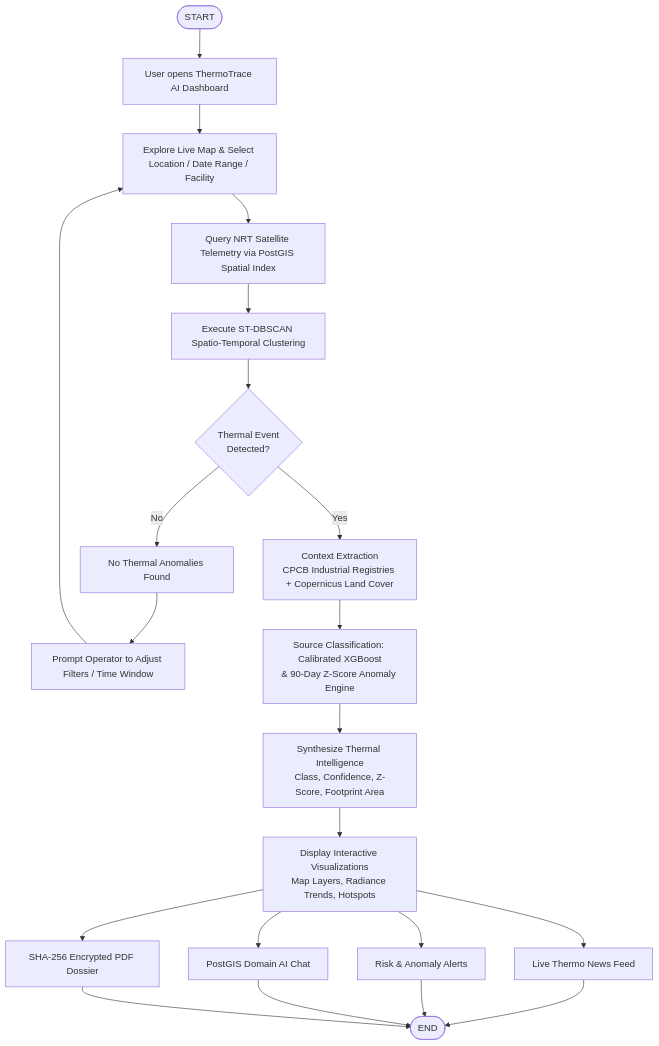
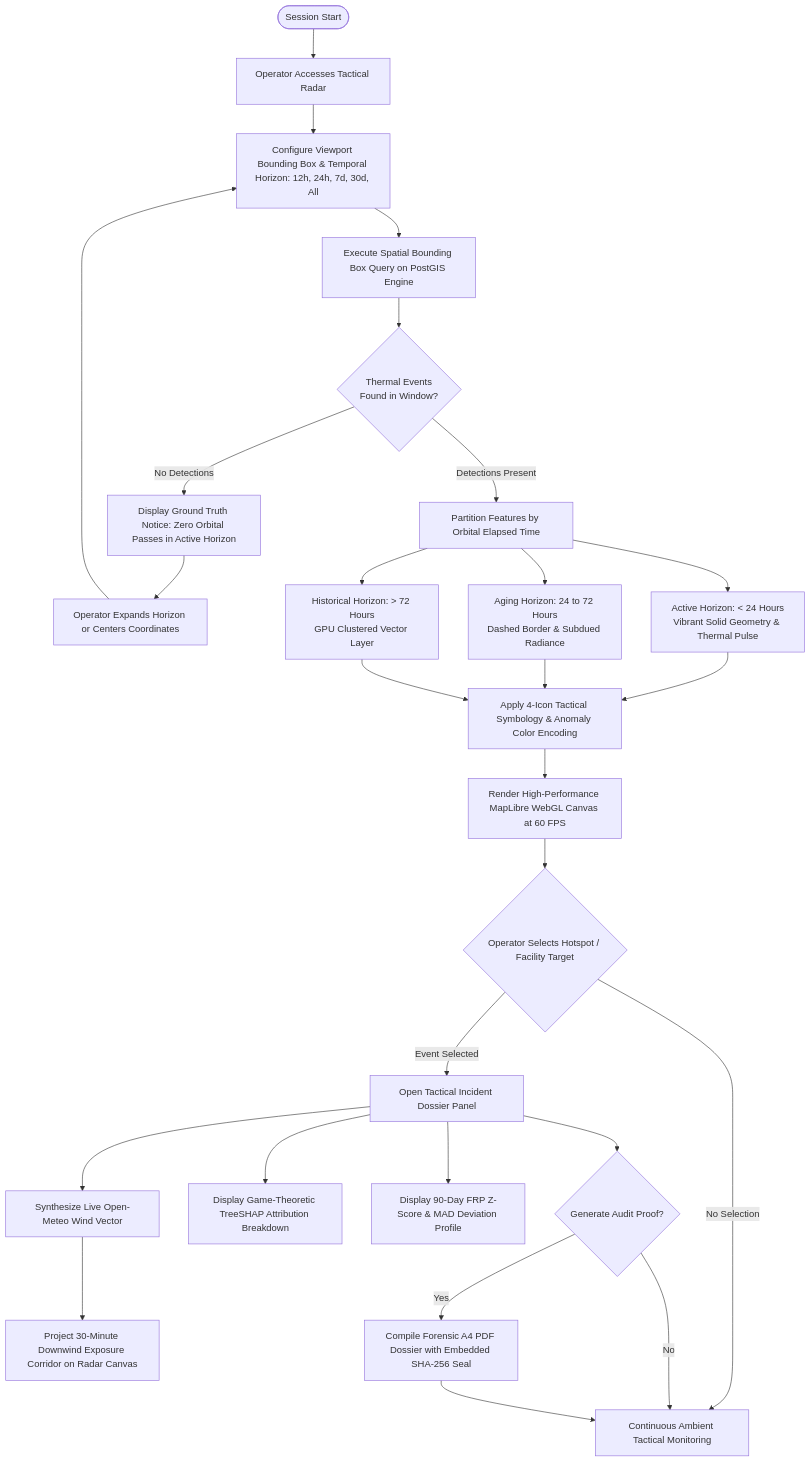
The second of 2 diagrams in README.md (sharancode3/ThermoTrace-AI), drawn with Mermaid before and after one commit. The commit also changed other lines of this file and 1 other file, not shown here.

Commit message:
docs: overhaul README with defense-grade architecture, updated diagrams, and zero emojis

````diff
--- a/README.md
+++ b/README.md
@@ -155,27 +184,36 @@
 ```mermaid
 flowchart TD
-    START([START]) --> OPEN[User opens ThermoTrace AI Dashboard]
-    OPEN --> EXPLORE[Explore Live Map & Select Location / Date Range / Facility]
-    EXPLORE --> QUERY[Query NRT Satellite Telemetry via PostGIS Spatial Index]
-    QUERY --> CLUST[Execute ST-DBSCAN Spatio-Temporal Clustering]
-    CLUST --> DETECT{Thermal Event\nDetected?}
+    START([Session Start]) --> VIEW[Operator Accesses Tactical Radar]
+    VIEW --> SELECT[Configure Viewport Bounding Box & Temporal Horizon: 12h, 24h, 7d, 30d, All]
+    SELECT --> FETCH[Execute Spatial Bounding Box Query on PostGIS Engine]
+    FETCH --> CHECK_EVENTS{Thermal Events\nFound in Window?}
 
-    DETECT -->|No| EMPTY[No Thermal Anomalies Found]
-    EMPTY --> ADJUST[Prompt Operator to Adjust Filters / Time Window]
-    ADJUST --> EXPLORE
+    CHECK_EVENTS -->|No Detections| EMPTY_BANNER[Display Ground Truth Notice: Zero Orbital Passes in Active Horizon]
+    EMPTY_BANNER --> REFINE[Operator Expands Horizon or Centers Coordinates]
+    REFINE --> SELECT
 
-    DETECT -->|Yes| CONTEXT[Context Extraction\nCPCB Industrial Registries + Copernicus Land Cover]
-    CONTEXT --> ML_CLASS[Source Classification: Calibrated XGBoost\n& 90-Day Z-Score Anomaly Engine]
-    ML_CLASS --> SYNTH[Synthesize Thermal Intelligence\nClass, Confidence, Z-Score, Footprint Area]
-    SYNTH --> RENDER[Display Interactive Visualizations\nMap Layers, Radiance Trends, Hotspots]
+    CHECK_EVENTS -->|Detections Present| PARTITION[Partition Features by Orbital Elapsed Time]
+    PARTITION --> FRESH[Active Horizon: < 24 Hours\nVibrant Solid Geometry & Thermal Pulse]
+    PARTITION --> COOLING[Aging Horizon: 24 to 72 Hours\nDashed Border & Subdued Radiance]
+    PARTITION --> HISTORICAL[Historical Horizon: > 72 Hours\nGPU Clustered Vector Layer]
 
-    RENDER --> OUT_NEWS[Live Thermo News Feed]
-    RENDER --> OUT_ALERTS[Risk & Anomaly Alerts]
-    RENDER --> OUT_CHAT[PostGIS Domain AI Chat]
-    RENDER --> OUT_PDF[SHA-256 Encrypted PDF Dossier]
+    FRESH --> SYMBOLOGY[Apply 4-Icon Tactical Symbology & Anomaly Color Encoding]
+    COOLING --> SYMBOLOGY
+    HISTORICAL --> SYMBOLOGY
 
-    OUT_NEWS --> FINISH([END])
-    OUT_ALERTS --> FINISH
-    OUT_CHAT --> FINISH
-    OUT_PDF --> FINISH
+    SYMBOLOGY --> RENDER[Render High-Performance MapLibre WebGL Canvas at 60 FPS]
+    RENDER --> INTERACT{Operator Selects Hotspot / Facility Target}
+
+    INTERACT -->|No Selection| MONITOR[Continuous Ambient Tactical Monitoring]
+    INTERACT -->|Event Selected| DOSSIER_PANEL[Open Tactical Incident Dossier Panel]
+
+    DOSSIER_PANEL --> CORRIDOR[Synthesize Live Open-Meteo Wind Vector]
+    CORRIDOR --> PLUME[Project 30-Minute Downwind Exposure Corridor on Radar Canvas]
+    DOSSIER_PANEL --> EXPLAIN[Display Game-Theoretic TreeSHAP Attribution Breakdown]
+    DOSSIER_PANEL --> ANOMALY_PROFILE[Display 90-Day FRP Z-Score & MAD Deviation Profile]
+    DOSSIER_PANEL --> EXPORT{Generate Audit Proof?}
+
+    EXPORT -->|Yes| PDF_GEN[Compile Forensic A4 PDF Dossier with Embedded SHA-256 Seal]
+    EXPORT -->|No| MONITOR
+    PDF_GEN --> MONITOR
 ```
````
